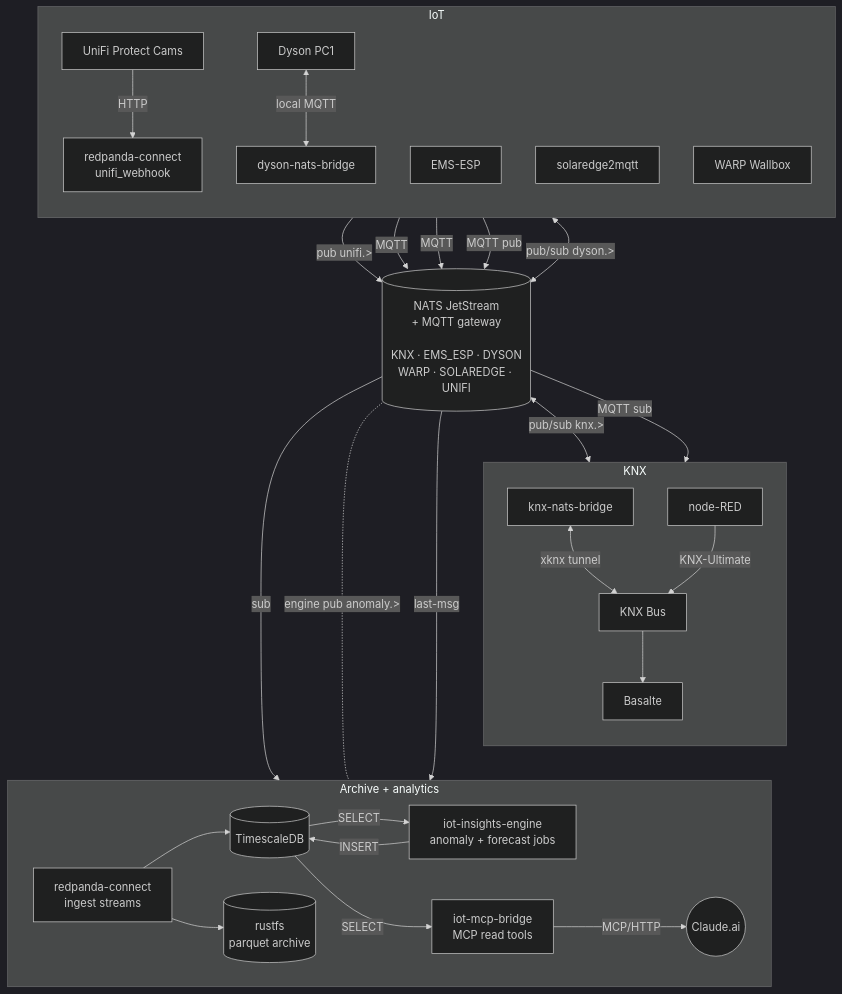
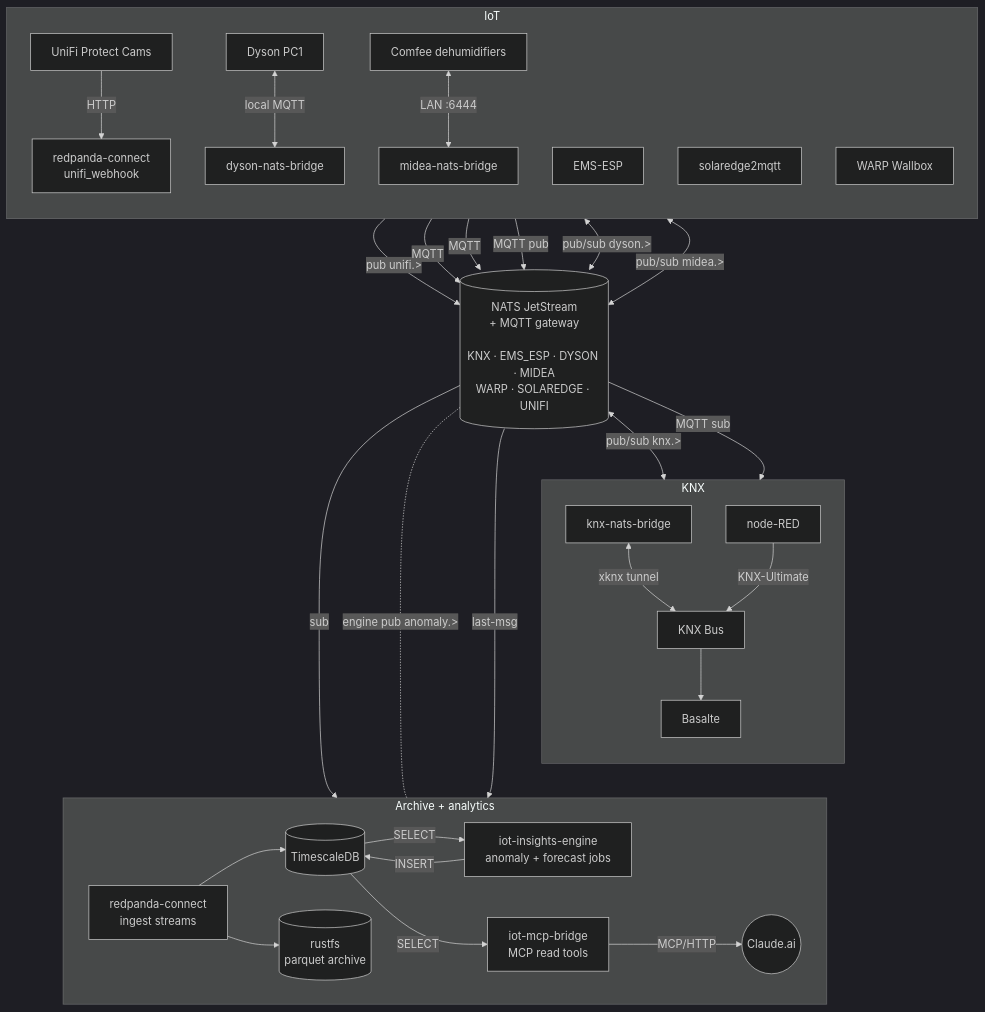
Before and after one commit to alexander-zimmermann/lares: the second of 2 diagrams in README.md, drawn with Mermaid (dark theme). The commit also changed 1 other file, not shown here.

Commit message:
feat(midea): add disconnect alert and document the bridge
Close the two remaining gaps from the dehumidifier integration.

MideaDeviceDisconnected mirrors the Dyson rule. Its threshold was left open
while the appliances hung on a switched socket, where being powerless was
legitimate. The socket is now bypassed and the appliances answer the LAN
protocol even while switched off, so midea_connected == 0 unambiguously means
unreachable. 30m clears the bridge's 5m reconnect backoff several times over.

MideaTankFull is deliberately absent — that notification is built in Basalte.

The README architecture diagram gains the dehumidifiers and the MIDEA stream.

````diff
--- a/README.md
+++ b/README.md
@@ -134,58 +134,60 @@
 ```mermaid
 flowchart TB
     subgraph IOT[IoT]
         direction TB
         cam[UniFi Protect Cams] -- HTTP --> webhook[redpanda-connect<br/>unifi_webhook]
         ems[EMS-ESP]
         pv[solaredge2mqtt]
         warp[WARP Wallbox]
         fan[Dyson PC1] <-- local MQTT --> dysonb[dyson-nats-bridge]
+        dehum[Comfee dehumidifiers] <-- LAN :6444 --> mideab[midea-nats-bridge]
     end
 
-    nats[(NATS JetStream<br/>+ MQTT gateway<br/><br/>KNX · EMS_ESP · DYSON<br/>WARP · SOLAREDGE · UNIFI)]
+    nats[(NATS JetStream<br/>+ MQTT gateway<br/><br/>KNX · EMS_ESP · DYSON · MIDEA<br/>WARP · SOLAREDGE · UNIFI)]
 
     webhook -- pub unifi.> --> nats
     ems  -- MQTT --> nats
     pv   -- MQTT --> nats
     warp -- MQTT pub --> nats
     dysonb <-- pub/sub dyson.> --> nats
+    mideab <-- pub/sub midea.> --> nats
 
     subgraph KX[KNX]
         direction TB
         bridge[knx-nats-bridge]
         nodered[node-RED]
         knx[KNX Bus]
         basalte[Basalte]
         bridge <-- xknx tunnel --> knx
         nodered -- KNX-Ultimate --> knx
         knx --> basalte
     end
 
     nats <-- pub/sub knx.> --> bridge
     nats -- MQTT sub --> nodered
 
     subgraph ARCH[Archive + analytics]
         direction LR
         ingest[redpanda-connect<br/>ingest streams]
         tsdb[(TimescaleDB)]
         rustfs[(rustfs<br/>parquet archive)]
         engine[iot-insights-engine<br/>anomaly + forecast jobs]
         mcp[iot-mcp-bridge<br/>MCP read tools]
         claude((Claude.ai))
         ingest --> tsdb
         ingest --> rustfs
         tsdb -- SELECT --> engine
         engine -- INSERT --> tsdb
         tsdb -- SELECT --> mcp
         mcp -- MCP/HTTP --> claude
     end
 
     nats -- sub --> ingest
     %% Undirected on purpose: an engine->nats arrow makes dagre rank the whole
     %% archive block above nats. The label carries the direction instead.
     nats -. "engine pub anomaly.>" .- engine
     nats -- last-msg --> mcp
 
     %% Invisible edge: pins the archive band below the KNX block.
     KX ~~~ ARCH
 ```
````
